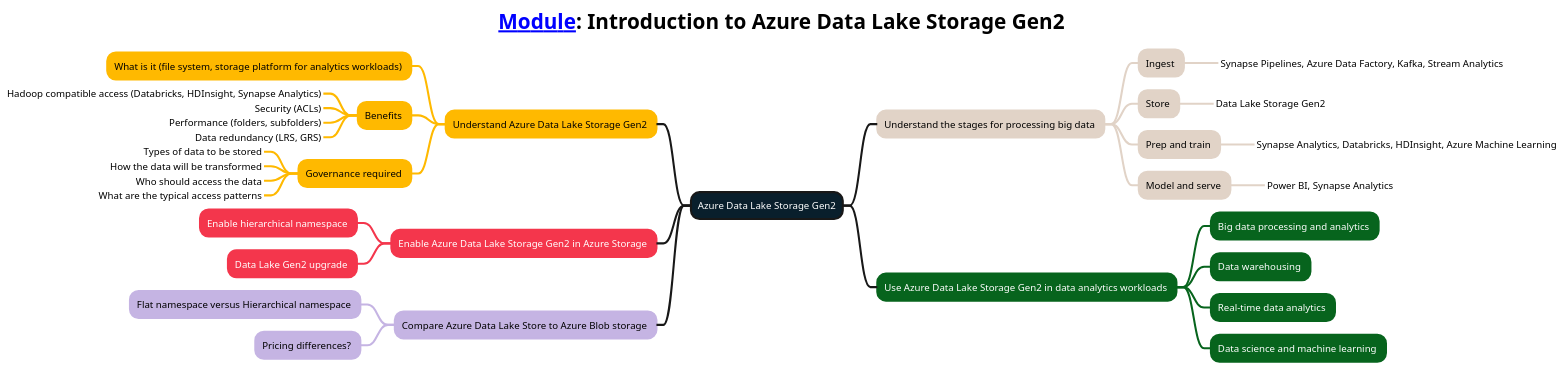
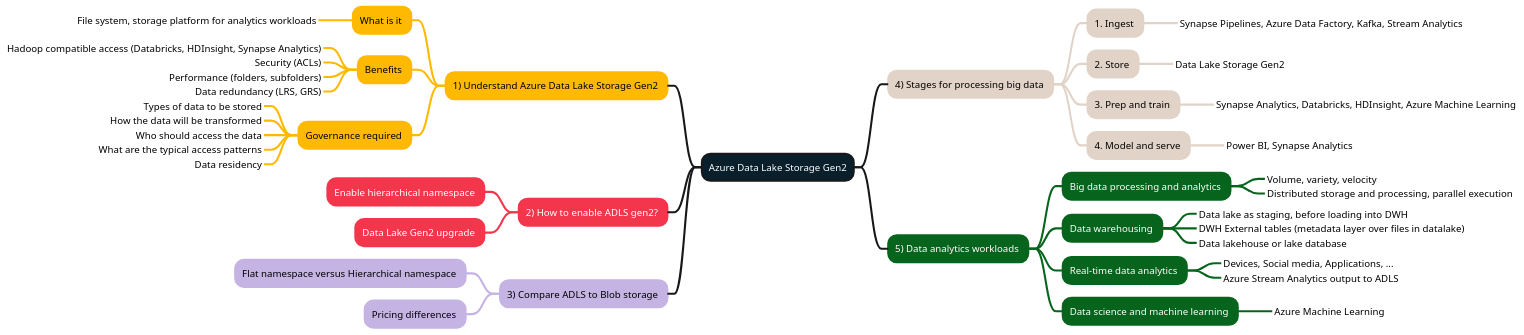
The diagram in mindmaps/02-Introduction to Azure Data Lake Storage Gen2.plantuml (weslbo/dp-203), drawn with PlantUML before and after one commit. The commit also changed 72 other files, not shown here.

Commit message:
Updated mindmaps

```diff
--- a/mindmaps/02-Introduction to Azure Data Lake Storage Gen2.plantuml
+++ b/mindmaps/02-Introduction to Azure Data Lake Storage Gen2.plantuml
@@ -1,79 +1,83 @@
 @startmindmap
 <style>
-title {
-        FontSize 30
-        FontColor #000000
-    }
-mindmapDiagram {
-    :depth(0) {
-        BackgroundColor #091f2c
-        FontColor #ffffff
-        LineThickness 3.0
-    }
-    .topic1 {
-        BackgroundColor #ffb900
-        LineColor #ffb900
-        LineThickness 3.0
-        FontColor #000000
-    }
-    .topic2 {
-        BackgroundColor #f4364c
-        LineColor #f4364c
-        LineThickness 3.0
-        FontColor #ffffff
-    }
-    .topic3 {
-        BackgroundColor #c5b4e3
-        LineColor #c5b4e3
-        LineThickness 3.0
-        FontColor #000000
-    }
-    .topic4 {
-        BackgroundColor #e1d3c7
-        LineColor #e1d3c7
-        LineThickness 3.0
-        FontColor #000000
-    }
-    .topic5 {
-        BackgroundColor #07641d
-        LineColor #07641d
-        LineThickness 3.0
-        FontColor #ffffff
-    }
+
+:depth(0) {
+    BackgroundColor #091f2c
+    FontColor #ffffff
+    LineThickness 3.0
+}
+.topic1 {
+    BackgroundColor #ffb900
+    LineColor #ffb900
+    LineThickness 3.0
+    FontColor #000000
+}
+.topic2 {
+    BackgroundColor #f4364c
+    LineColor #f4364c
+    LineThickness 3.0
+    FontColor #ffffff
+}
+.topic3 {
+    BackgroundColor #c5b4e3
+    LineColor #c5b4e3
+    LineThickness 3.0
+    FontColor #000000
+}
+.topic4 {
+    BackgroundColor #e1d3c7
+    LineColor #e1d3c7
+    LineThickness 3.0
+    FontColor #000000
+}
+.topic5 {
+    BackgroundColor #07641d
+    LineColor #07641d
+    LineThickness 3.0
+    FontColor #ffffff
 }
 </style>
-title [[https://learn.microsoft.com/training/modules/introduction-to-azure-data-lake-storage Module]]: Introduction to Azure Data Lake Storage Gen2
 + Azure Data Lake Storage Gen2
--- Understand Azure Data Lake Storage Gen2 <<topic1>>
---- What is it (file system, storage platform for analytics workloads) <<topic1>>
+-- 1) Understand Azure Data Lake Storage Gen2 <<topic1>>
+--- What is it <<topic1>>
+----_ File system, storage platform for analytics workloads
 --- Benefits <<topic1>>
 ----_ Hadoop compatible access (Databricks, HDInsight, Synapse Analytics)
 ----_ Security (ACLs)
 ----_ Performance (folders, subfolders)
 ----_ Data redundancy (LRS, GRS)
 --- Governance required <<topic1>>
 ----_ Types of data to be stored
 ----_ How the data will be transformed
 ----_ Who should access the data
 ----_ What are the typical access patterns
--- Enable Azure Data Lake Storage Gen2 in Azure Storage <<topic2>>
+----_ Data residency
+-- 2) How to enable ADLS gen2? <<topic2>>
 --- Enable hierarchical namespace <<topic2>>
 --- Data Lake Gen2 upgrade <<topic2>>
--- Compare Azure Data Lake Store to Azure Blob storage <<topic3>>
+-- 3) Compare ADLS to Blob storage <<topic3>>
 --- Flat namespace versus Hierarchical namespace <<topic3>>
---- Pricing differences? <<topic3>>
-++ Understand the stages for processing big data <<topic4>>
-+++ Ingest <<topic4>>
+--- Pricing differences <<topic3>>
+++ 4) Stages for processing big data <<topic4>>
++++ 1. Ingest <<topic4>>
 ++++_ Synapse Pipelines, Azure Data Factory, Kafka, Stream Analytics
-+++ Store <<topic4>>
++++ 2. Store <<topic4>>
 ++++_ Data Lake Storage Gen2
-+++ Prep and train <<topic4>>
++++ 3. Prep and train <<topic4>>
 ++++_ Synapse Analytics, Databricks, HDInsight, Azure Machine Learning
-+++ Model and serve <<topic4>>
++++ 4. Model and serve <<topic4>>
 ++++_ Power BI, Synapse Analytics
-++ Use Azure Data Lake Storage Gen2 in data analytics workloads <<topic5>>
+++ 5) Data analytics workloads <<topic5>>
 +++ Big data processing and analytics <<topic5>>
+++++_ Volume, variety, velocity
+++++_ Distributed storage and processing, parallel execution
 +++ Data warehousing <<topic5>>
+++++_ Data lake as staging, before loading into DWH
+++++_ DWH External tables (metadata layer over files in datalake)
+++++_ Data lakehouse or lake database
 +++ Real-time data analytics <<topic5>>
+++++_ Devices, Social media, Applications, ...
+++++_ Azure Stream Analytics output to ADLS
 +++ Data science and machine learning <<topic5>>
+++++_ Azure Machine Learning
 @endmindmap
```
